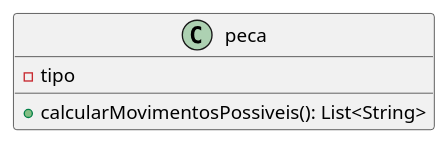
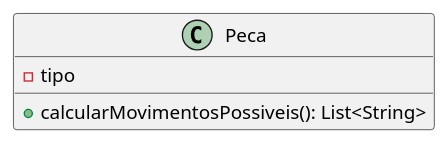
One commit to 20242-ifba-saj-ads-ppr/framework-equipe5 changed the diagram in src/main/java/br/com/frameworkPpr/boardgame/padroes/criacionais/factory/puml/estruturaPecaSemStrategy.puml. Above: the diagram before and after it, drawn with PlantUML. The commit also changed 27 other files, not shown here.

```diff
--- a/src/main/java/br/com/frameworkPpr/boardgame/padroes/criacionais/factory/puml/estruturaPecaSemStrategy.puml
+++ b/src/main/java/br/com/frameworkPpr/boardgame/padroes/criacionais/factory/puml/estruturaPecaSemStrategy.puml
@@ -1,7 +1,7 @@
-@startuml estruturaPecaSemStrategy
+@startuml
 skinparam linetype ortho
-class peca{
-    - tipo 
+class Peca {
+    - tipo
     + calcularMovimentosPossiveis(): List<String>
 }
 @enduml
```
